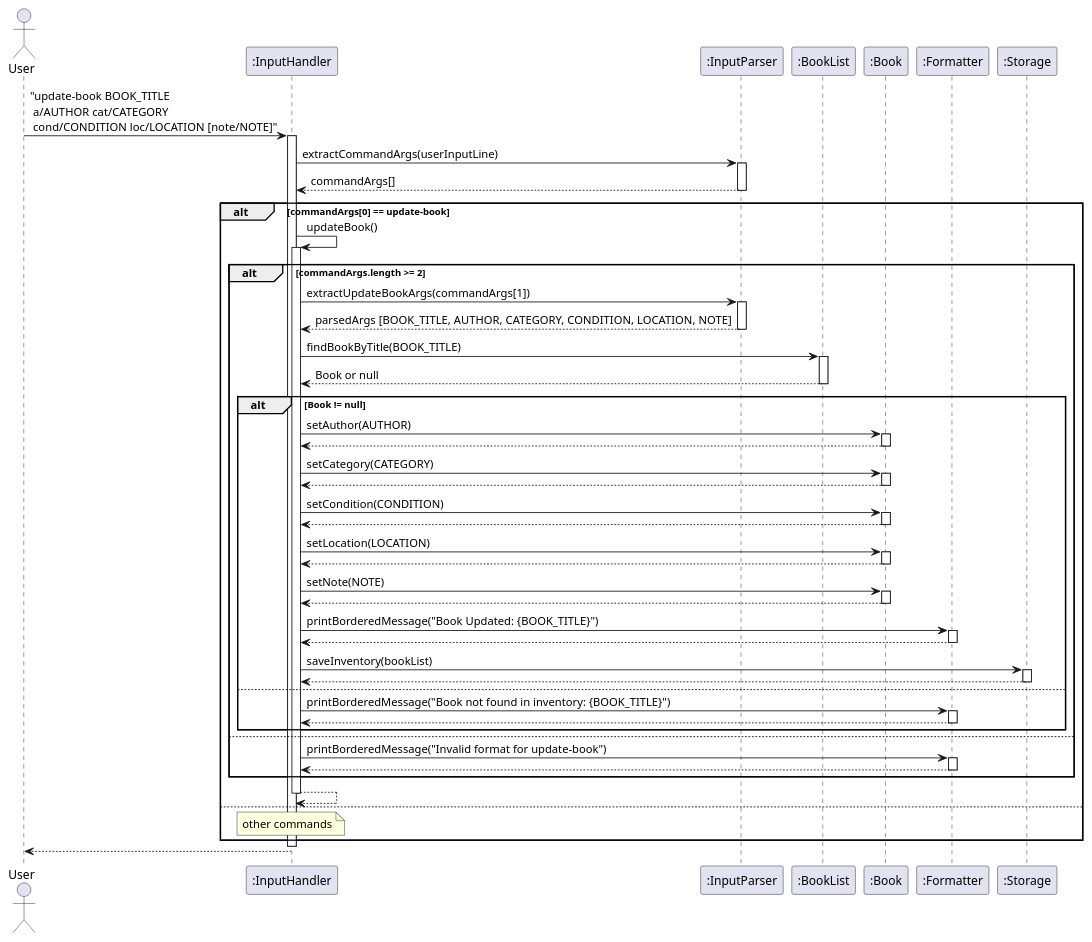
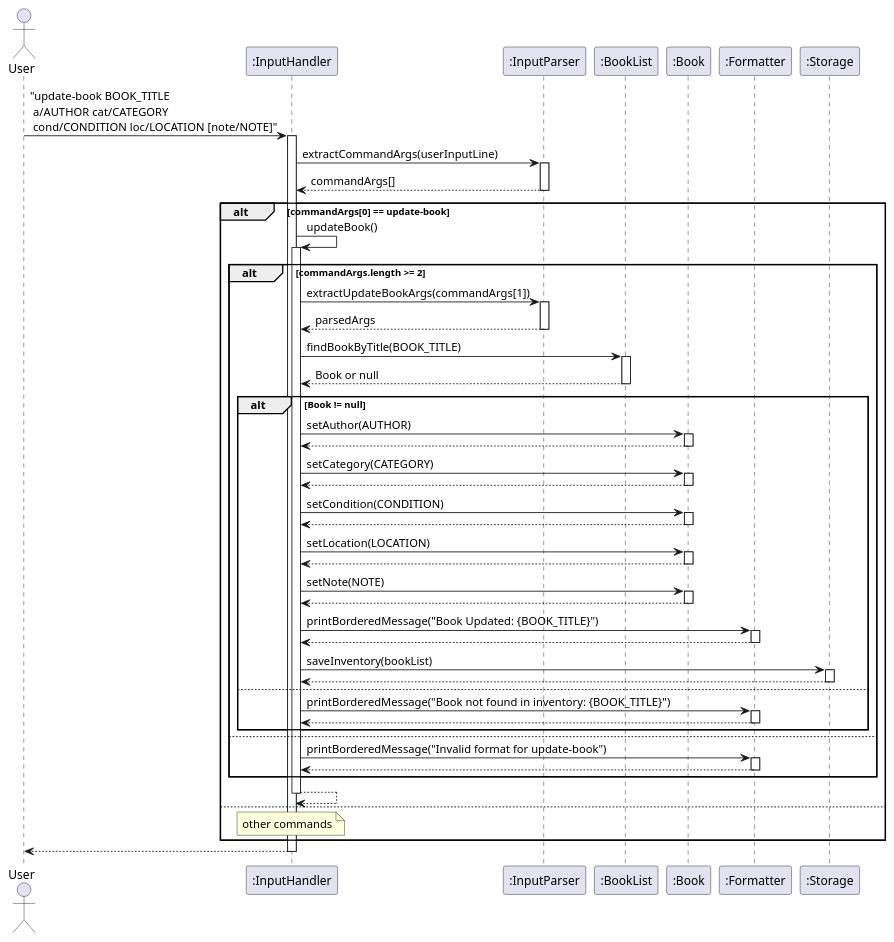
Before and after one commit to AY2425S2-CS2113-T12-2/tp: the diagram in docs/diagrams/updateBook.puml, drawn with PlantUML. The commit also changed 2 other files, not shown here.

```diff
--- a/docs/diagrams/updateBook.puml
+++ b/docs/diagrams/updateBook.puml
@@ -1,96 +1,96 @@
 @startuml
 actor User
 participant InputHandler as ":InputHandler"
 participant InputParser as ":InputParser"
 participant BookList as ":BookList"
 participant Book as ":Book"
 participant Formatter as ":Formatter"
 participant Storage as ":Storage"
 
 User -> InputHandler: "update-book BOOK_TITLE \n a/AUTHOR cat/CATEGORY \n cond/CONDITION loc/LOCATION [note/NOTE]"
 activate InputHandler
 
 InputHandler -> InputParser: extractCommandArgs(userInputLine)
 activate InputParser
 
 InputParser --> InputHandler: commandArgs[]
 deactivate InputParser
 
 alt commandArgs[0] == update-book
     InputHandler -> InputHandler : updateBook()
     activate InputHandler
 
 alt commandArgs.length >= 2
     InputHandler -> InputParser: extractUpdateBookArgs(commandArgs[1])
     activate InputParser
 
-    InputParser --> InputHandler: parsedArgs [BOOK_TITLE, AUTHOR, CATEGORY, CONDITION, LOCATION, NOTE]
+    InputParser --> InputHandler: parsedArgs
     deactivate InputParser
 
     InputHandler -> BookList: findBookByTitle(BOOK_TITLE)
     activate BookList
 
     BookList --> InputHandler: Book or null
     deactivate BookList
 
     alt Book != null
         InputHandler -> Book : setAuthor(AUTHOR)
         activate Book
         Book --> InputHandler
         deactivate Book
 
         InputHandler -> Book : setCategory(CATEGORY)
         activate Book
         Book --> InputHandler
         deactivate Book
         InputHandler -> Book : setCondition(CONDITION)
         activate Book
         Book --> InputHandler
         deactivate Book
         InputHandler -> Book : setLocation(LOCATION)
         activate Book
         Book --> InputHandler
         deactivate Book
         InputHandler -> Book : setNote(NOTE)
         activate Book
         Book --> InputHandler
         deactivate Book
         
 
         InputHandler -> Formatter: printBorderedMessage("Book Updated: {BOOK_TITLE}")
         activate Formatter
 
         Formatter --> InputHandler
         deactivate Formatter
 
         InputHandler -> Storage: saveInventory(bookList)
         activate Storage
 
         Storage --> InputHandler
         deactivate Storage
 
 
     else
         InputHandler -> Formatter: printBorderedMessage("Book not found in inventory: {BOOK_TITLE}")
         activate Formatter
         Formatter --> InputHandler
         deactivate Formatter
     end
 
     else
         InputHandler -> Formatter: printBorderedMessage("Invalid format for update-book")
         activate Formatter
         Formatter --> InputHandler
         deactivate Formatter
     end
 
 InputHandler --> InputHandler
 deactivate InputHandler
 
 else
     note over InputHandler : other commands
 end
 
+InputHandler --> User
 deactivate InputHandler
-InputHandler --> User
 @enduml
```
